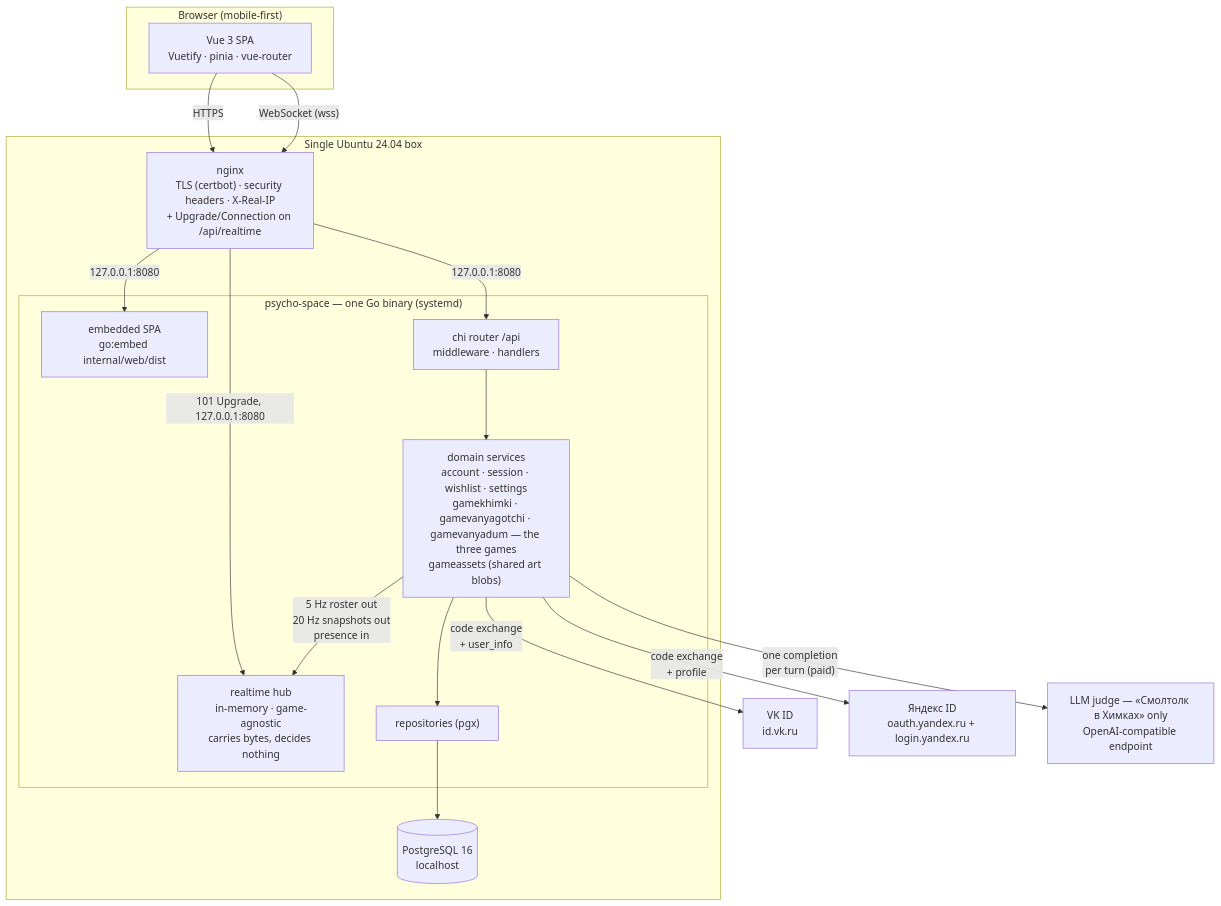
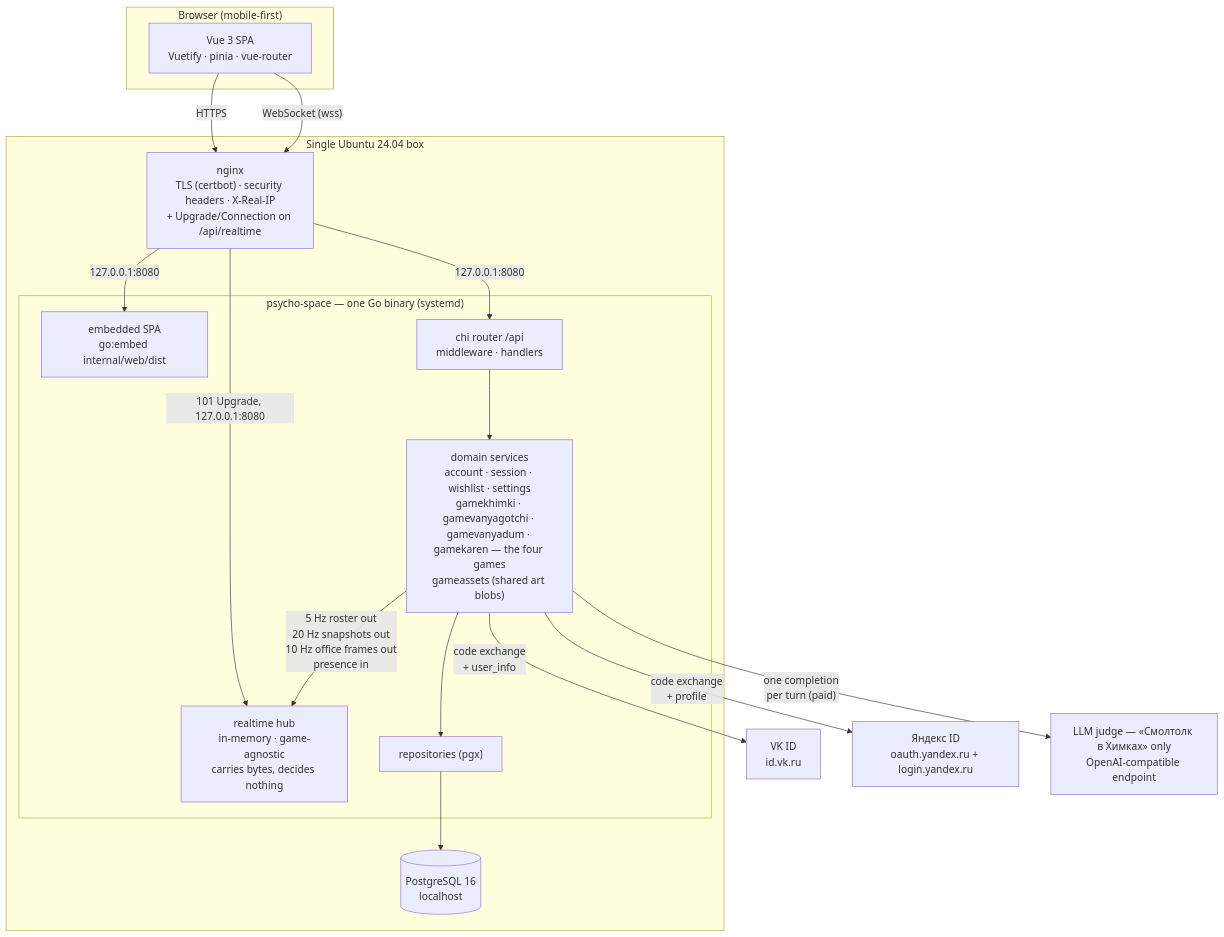
The first of 13 diagrams in docs/ARCHITECTURE.md (SergeyZSpb/psycho-space), drawn with Mermaid before and after one commit. The commit also changed other lines of this file and 4 other files, not shown here.

First line of the commit message:
docs(gamekaren): the fourth game, and why a DOM game may own a tick

````diff
--- a/docs/ARCHITECTURE.md
+++ b/docs/ARCHITECTURE.md
@@ -23,33 +23,33 @@
 ```mermaid
 flowchart TB
     subgraph client["Browser (mobile-first)"]
         SPA["Vue 3 SPA<br/>Vuetify · pinia · vue-router"]
     end
 
     subgraph box["Single Ubuntu 24.04 box"]
         NGINX["nginx<br/>TLS (certbot) · security headers · X-Real-IP<br/>+ Upgrade/Connection on /api/realtime"]
         subgraph bin["psycho-space — one Go binary (systemd)"]
             EMBED["embedded SPA<br/>go:embed internal/web/dist"]
             API["chi router /api<br/>middleware · handlers"]
             HUB["realtime hub<br/>in-memory · game-agnostic<br/>carries bytes, decides nothing"]
-            DOM["domain services<br/>account · session · wishlist · settings<br/>gamekhimki · gamevanyagotchi · gamevanyadum — the three games<br/>gameassets (shared art blobs)"]
+            DOM["domain services<br/>account · session · wishlist · settings<br/>gamekhimki · gamevanyagotchi · gamevanyadum · gamekaren — the four games<br/>gameassets (shared art blobs)"]
             REPO["repositories (pgx)"]
         end
         PG[("PostgreSQL 16<br/>localhost")]
     end
 
     VK["VK ID<br/>id.vk.ru"]
     YA["Яндекс ID<br/>oauth.yandex.ru + login.yandex.ru"]
     LLM["LLM judge — «Смолтолк в Химках» only<br/>OpenAI-compatible endpoint"]
 
     SPA -- HTTPS --> NGINX
     SPA -- "WebSocket (wss)" --> NGINX
     NGINX -- "127.0.0.1:8080" --> EMBED
     NGINX -- "127.0.0.1:8080" --> API
     NGINX -- "101 Upgrade, 127.0.0.1:8080" --> HUB
     API --> DOM --> REPO --> PG
-    DOM -- "5 Hz roster out<br/>20 Hz snapshots out<br/>presence in" --> HUB
+    DOM -- "5 Hz roster out<br/>20 Hz snapshots out<br/>10 Hz office frames out<br/>presence in" --> HUB
     DOM -- "code exchange<br/>+ user_info" --> VK
     DOM -- "code exchange<br/>+ profile" --> YA
     DOM -- "one completion<br/>per turn (paid)" --> LLM
 ```
````
